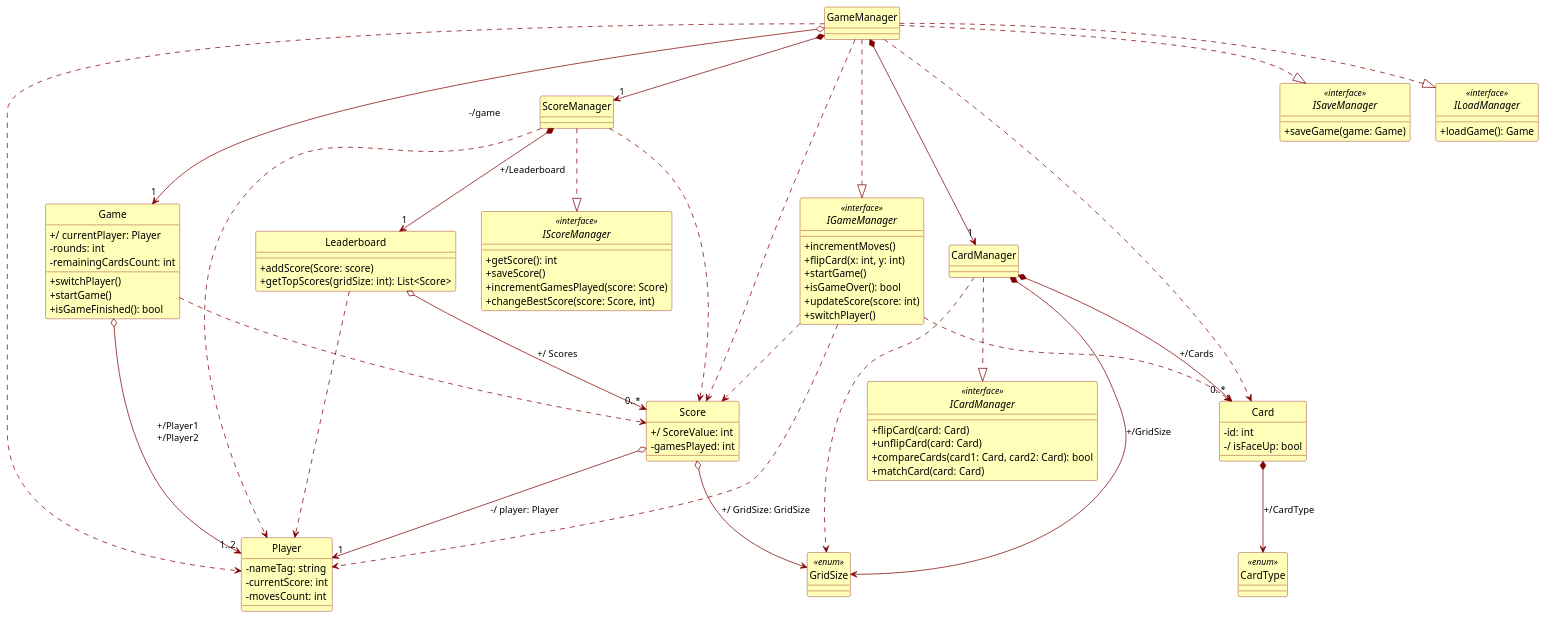
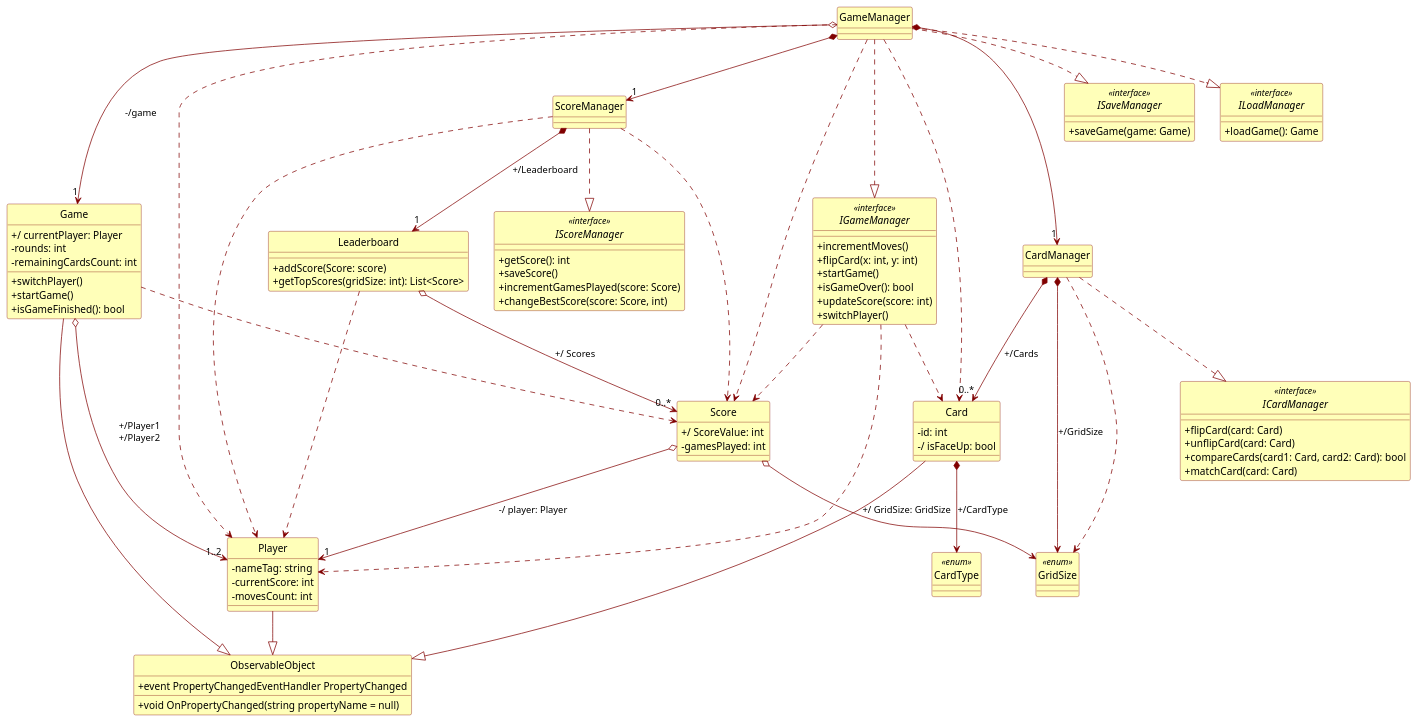
One commit to PosiTr0n505/Game-Memory changed the diagram in src/Docs/Diagrammes/classe_2.md. Above: the diagram before and after it, drawn with PlantUML.

```diff
--- a/src/Docs/Diagrammes/classe_2.md
+++ b/src/Docs/Diagrammes/classe_2.md
@@ -47,6 +47,16 @@
     - id: int
     -/ isFaceUp: bool
 }
+
+class ObservableObject {
+    + event PropertyChangedEventHandler PropertyChanged
+    + void OnPropertyChanged(string propertyName = null)
+}
+
+Player --|> ObservableObject
+Game --|> ObservableObject
+Card --|> ObservableObject
+
 
 Card *--> CardType : "+/CardType"
 
```
